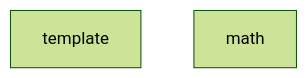
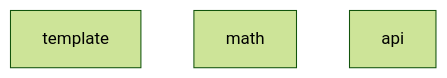
Before and after one commit to gradus-fit/gradus: the diagram in docs/server.mmd, drawn with Mermaid (forest theme). The commit also changed 10 other files, not shown here.

```diff
--- a/docs/server.mmd
+++ b/docs/server.mmd
@@ -1,3 +1,4 @@
 flowchart TB
     template["template"]
     math["math"]
+    api["api"]
```
